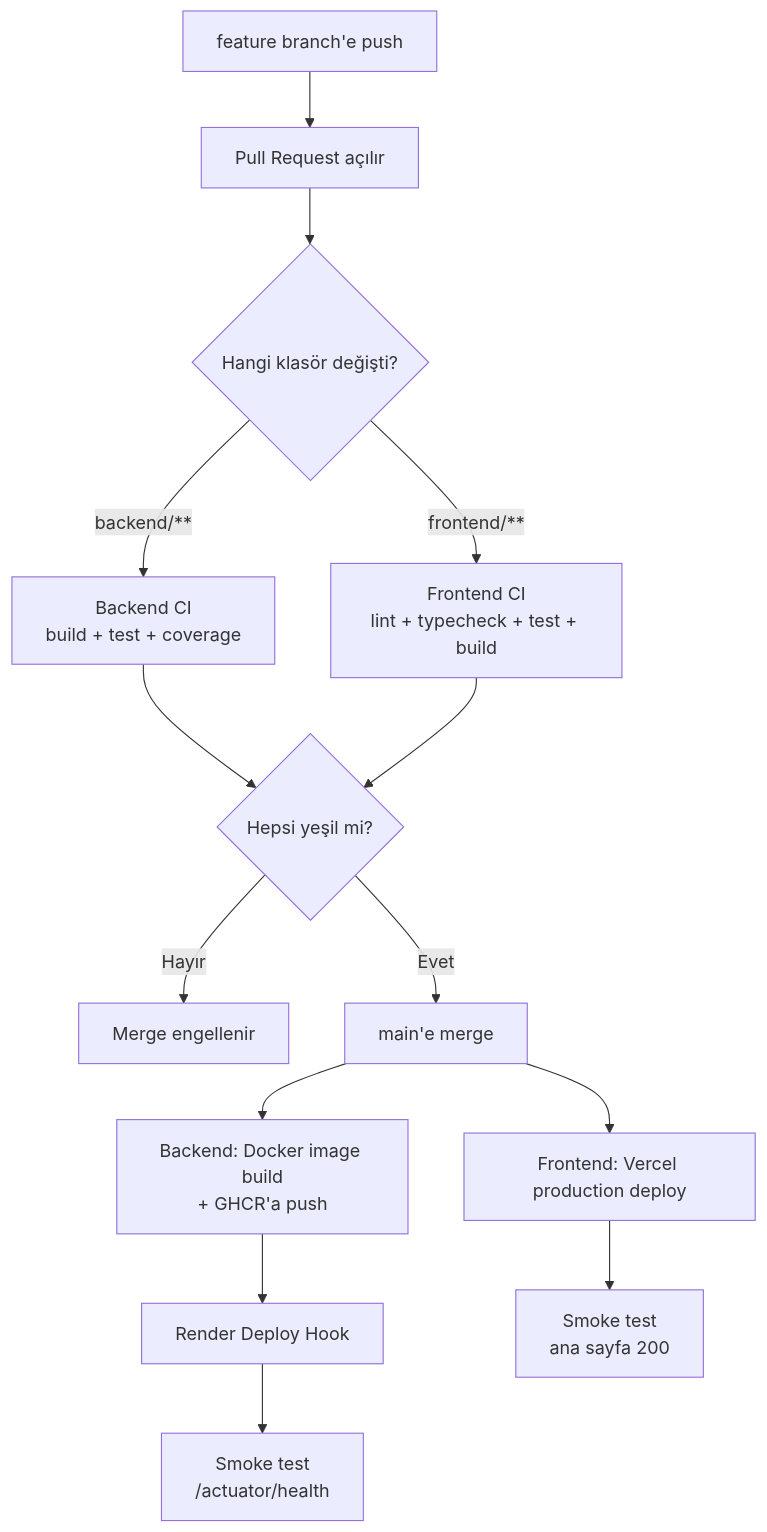
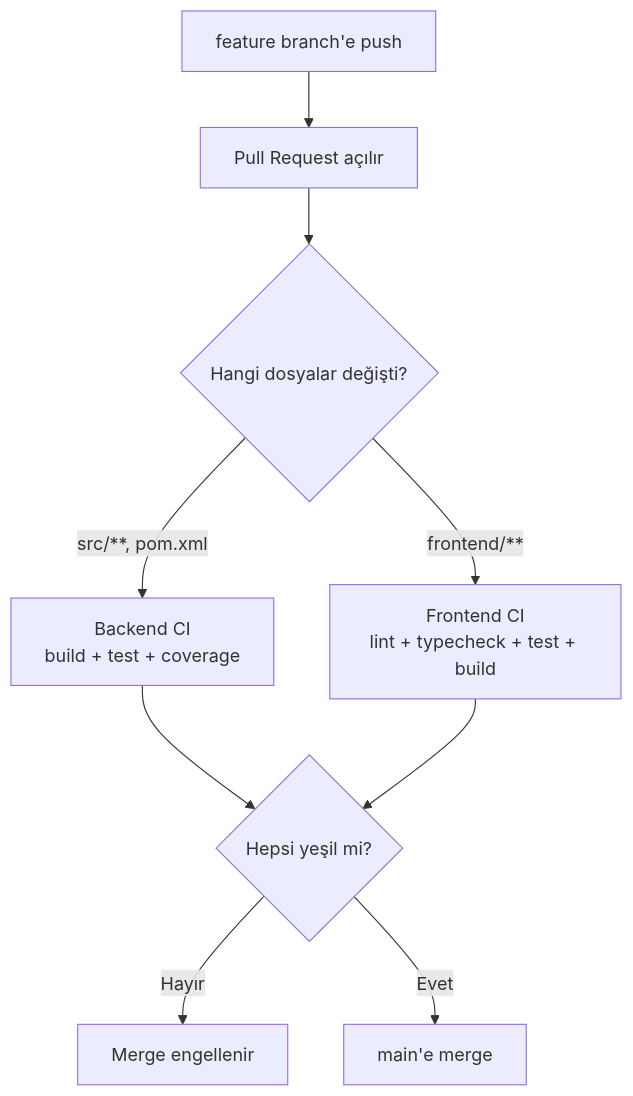
One commit to OzlemBalikci/DocuMind changed the diagram in docs/06-ci-cd.md. Above: the diagram before and after it, drawn with Mermaid. The commit also changed other lines of this file and 8 other files, not shown here.

````diff
--- a/docs/06-ci-cd.md
+++ b/docs/06-ci-cd.md
@@ -13,16 +15,11 @@
 ```mermaid
 flowchart TD
     A[feature branch'e push] --> B[Pull Request açılır]
-    B --> C{Hangi klasör değişti?}
-    C -->|backend/**| D[Backend CI<br/>build + test + coverage]
+    B --> C{Hangi dosyalar değişti?}
+    C -->|src/**, pom.xml| D[Backend CI<br/>build + test + coverage]
     C -->|frontend/**| E[Frontend CI<br/>lint + typecheck + test + build]
     D --> F{Hepsi yeşil mi?}
     E --> F
     F -->|Hayır| G[Merge engellenir]
     F -->|Evet| H[main'e merge]
-    H --> I[Backend: Docker image build<br/>+ GHCR'a push]
-    I --> J[Render Deploy Hook]
-    J --> K[Smoke test<br/>/actuator/health]
-    H --> L[Frontend: Vercel production deploy]
-    L --> M[Smoke test<br/>ana sayfa 200]
 ```
````
